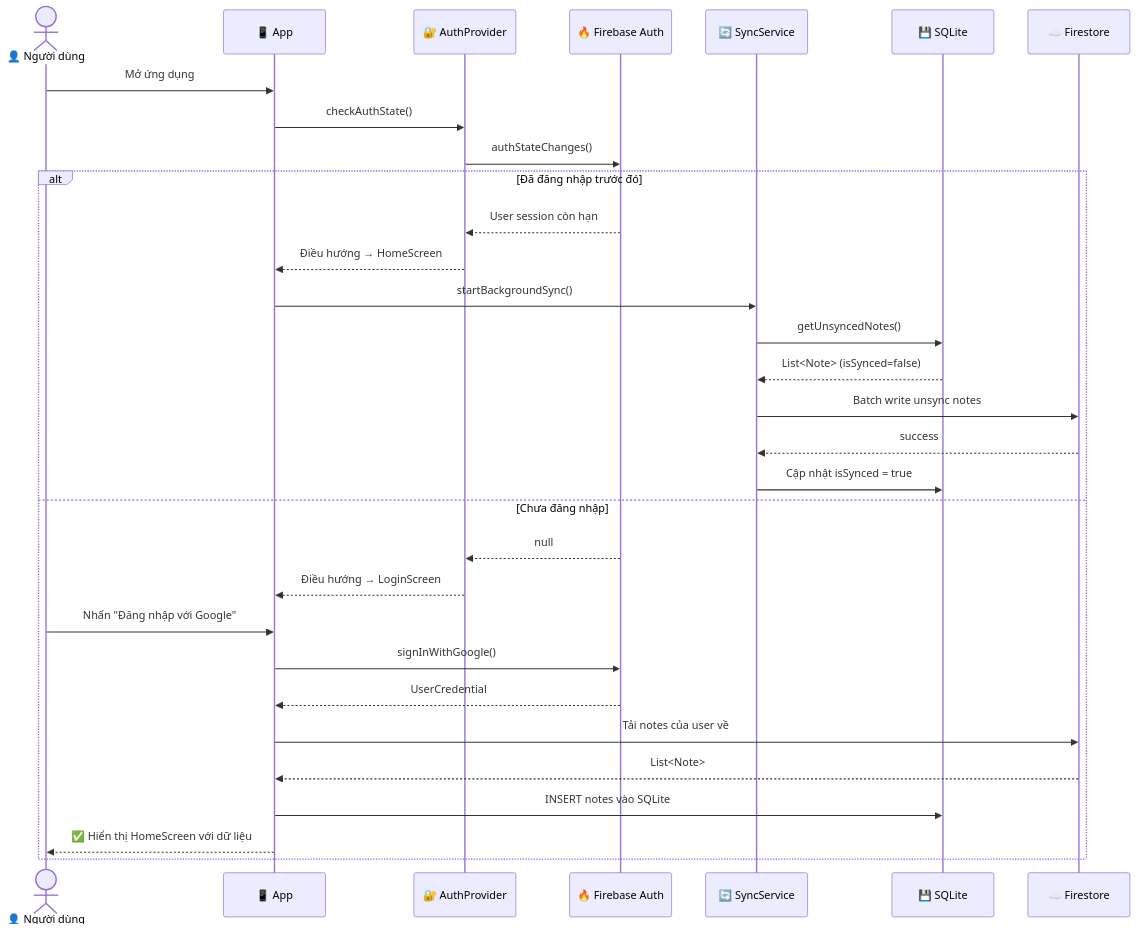
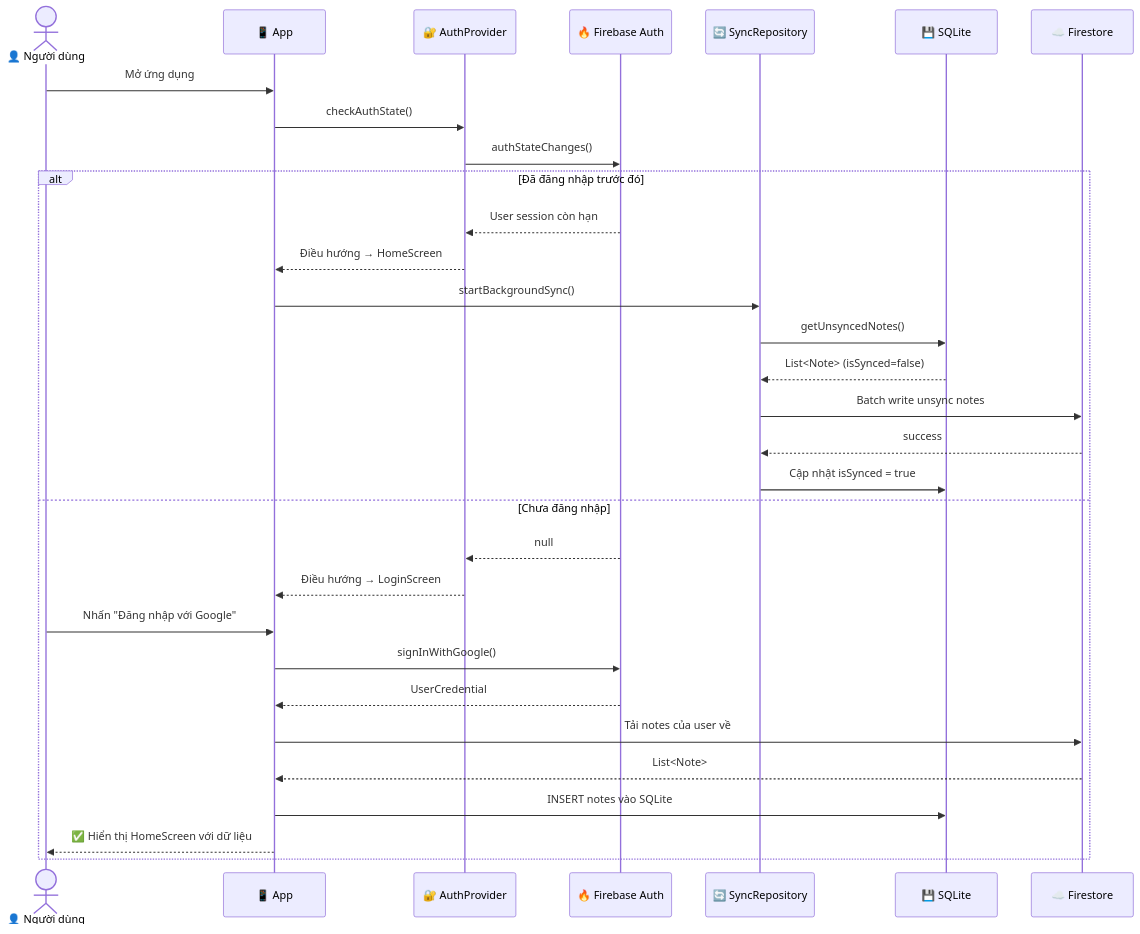
The tenth of 13 diagrams in docs/Architecture_and_Flows.md (PVM-05/Smart-Note-App), drawn with Mermaid before and after one commit. The commit also changed other lines of this file, not shown here.

Commit message:
docs: update Architecture_and_Flows to v2 with orthogonal FSM and refined diagrams

````diff
--- a/docs/Architecture_and_Flows.md
+++ b/docs/Architecture_and_Flows.md
@@ -443,35 +478,35 @@
 ```mermaid
 sequenceDiagram
     actor User as 👤 Người dùng
     participant App as 📱 App
     participant Auth as 🔐 AuthProvider
     participant Firebase as 🔥 Firebase Auth
-    participant SyncSvc as 🔄 SyncService
+    participant SyncSvc as 🔄 SyncRepository
     participant Local as 💾 SQLite
     participant Cloud as ☁️ Firestore
 
     User->>App: Mở ứng dụng
     App->>Auth: checkAuthState()
     Auth->>Firebase: authStateChanges()
 
     alt Đã đăng nhập trước đó
         Firebase-->>Auth: User session còn hạn
         Auth-->>App: Điều hướng → HomeScreen
         App->>SyncSvc: startBackgroundSync()
         SyncSvc->>Local: getUnsyncedNotes()
         Local-->>SyncSvc: List<Note> (isSynced=false)
         SyncSvc->>Cloud: Batch write unsync notes
         Cloud-->>SyncSvc: success
         SyncSvc->>Local: Cập nhật isSynced = true
     else Chưa đăng nhập
         Firebase-->>Auth: null
         Auth-->>App: Điều hướng → LoginScreen
         User->>App: Nhấn "Đăng nhập với Google"
         App->>Firebase: signInWithGoogle()
         Firebase-->>App: UserCredential
         App->>Cloud: Tải notes của user về
         Cloud-->>App: List<Note>
         App->>Local: INSERT notes vào SQLite
         App-->>User: ✅ Hiển thị HomeScreen với dữ liệu
     end
 ```
````
